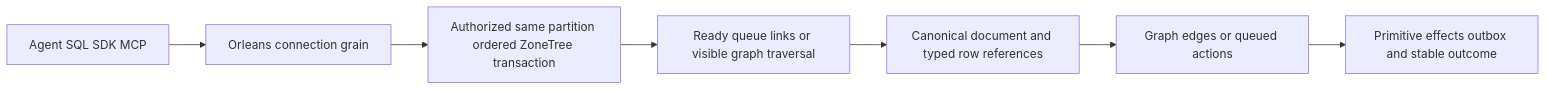
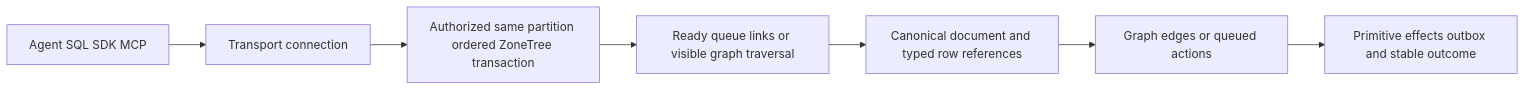
Before and after one commit to managedcode/KeyLoad: the first of 26 diagrams in docs/Architecture.md, drawn with Mermaid. The commit also changed other lines of this file and 27 other files, not shown here.

````diff
--- a/docs/Architecture.md
+++ b/docs/Architecture.md
@@ -33,9 +33,9 @@
 ```mermaid
 flowchart LR
-    Caller[Agent SQL SDK MCP] --> Connection[Orleans connection grain]
+    Caller[Agent SQL SDK MCP] --> Connection[Transport connection]
     Connection --> Tx[Authorized same partition ordered ZoneTree transaction]
     Tx --> Source[Ready queue links or visible graph traversal]
     Source --> Refs[Canonical document and typed row references]
     Refs --> Effects[Graph edges or queued actions]
     Effects --> Atomic[Primitive effects outbox and stable outcome]
 ```
````
